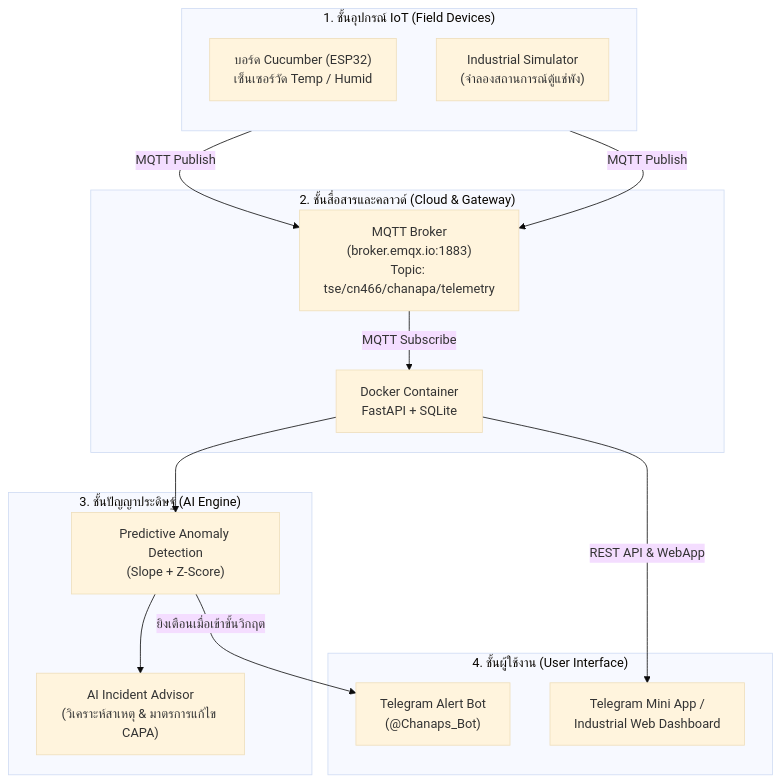
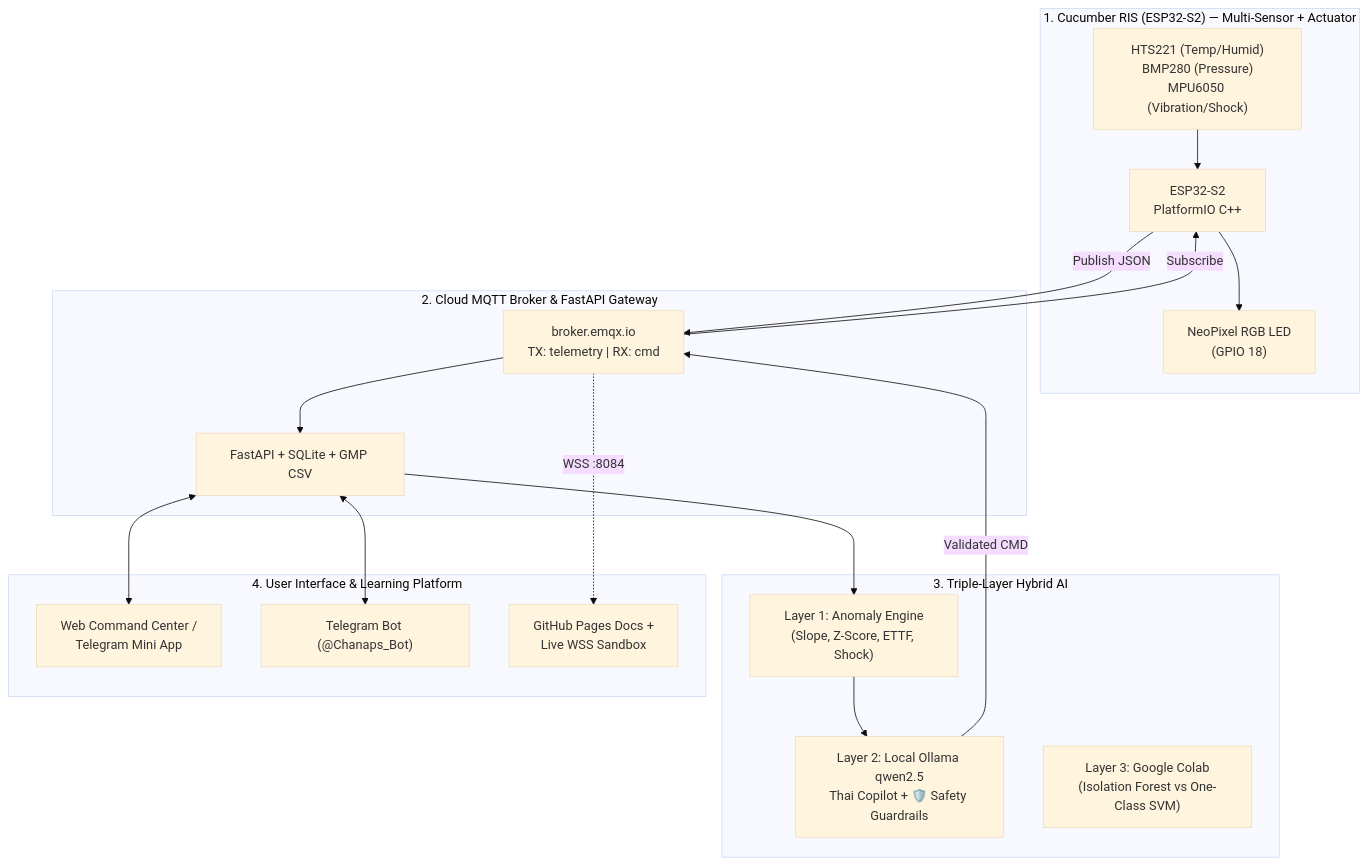
One commit to chanapasadudee-max/aiot-coldchain-monitor changed the diagram in docs/index.md. Above: the diagram before and after it, drawn with Mermaid (base theme). The commit also changed other lines of this file and 37 other files, not shown here.

Commit message:
feat: full-stack bidirectional Cucumber RIS firmware, Triple-Layer Hybrid AI + Guardrails, Live MQTT Sandbox, and Automated QA suite

````diff
--- a/docs/index.md
+++ b/docs/index.md
@@ -31,31 +21,31 @@
 ```mermaid
 flowchart TD
-    subgraph IOT ["1. ชั้นอุปกรณ์ IoT (Field Devices)"]
-        direction TB
-        CUCUMBER["บอร์ด Cucumber (ESP32)<br>เซ็นเซอร์วัด Temp / Humid"]
-        SIM["Industrial Simulator<br>(จำลองสถานการณ์ตู้แช่พัง)"]
+    subgraph IOT ["1. Cucumber RIS (ESP32-S2) — Multi-Sensor + Actuator"]
+        S["HTS221 (Temp/Humid)<br>BMP280 (Pressure)<br>MPU6050 (Vibration/Shock)"] --> MCU["ESP32-S2<br>PlatformIO C++"]
+        MCU --> LED["NeoPixel RGB LED<br>(GPIO 18)"]
     end
 
-    subgraph CLOUD ["2. ชั้นสื่อสารและคลาวด์ (Cloud & Gateway)"]
-        BROKER["MQTT Broker<br>(broker.emqx.io:1883)<br>Topic: tse/cn466/chanapa/telemetry"]
-        DOCKER["Docker Container<br>FastAPI + SQLite"]
+    subgraph CLOUD ["2. Cloud MQTT Broker & FastAPI Gateway"]
+        BROKER["broker.emqx.io<br>TX: telemetry | RX: cmd"]
+        API["FastAPI + SQLite + GMP CSV"]
     end
 
-    subgraph AI ["3. ชั้นปัญญาประดิษฐ์ (AI Engine)"]
-        ANOMALY["Predictive Anomaly Detection<br>(Slope + Z-Score)"]
-        ADVISOR["AI Incident Advisor<br>(วิเคราะห์สาเหตุ & มาตรการแก้ไข CAPA)"]
+    subgraph AI ["3. Triple-Layer Hybrid AI"]
+        L1["Layer 1: Anomaly Engine<br>(Slope, Z-Score, ETTF, Shock)"]
+        L2["Layer 2: Local Ollama qwen2.5<br>Thai Copilot + 🛡️ Safety Guardrails"]
+        L3["Layer 3: Google Colab<br>(Isolation Forest vs One-Class SVM)"]
     end
 
-    subgraph UI ["4. ชั้นผู้ใช้งาน (User Interface)"]
-        TG_BOT["Telegram Alert Bot<br>(@Chanaps_Bot)"]
-        MINI_APP["Telegram Mini App /<br>Industrial Web Dashboard"]
+    subgraph UI ["4. User Interface & Learning Platform"]
+        WEB["Web Command Center /<br>Telegram Mini App"]
+        BOT["Telegram Bot (@Chanaps_Bot)"]
+        GHP["GitHub Pages Docs +<br>Live WSS Sandbox"]
     end
 
-    CUCUMBER -->|MQTT Publish| BROKER
-    SIM -->|MQTT Publish| BROKER
-    BROKER -->|MQTT Subscribe| DOCKER
-    DOCKER --> ANOMALY
-    ANOMALY --> ADVISOR
-    ANOMALY -->|ยิงเตือนเมื่อเข้าขั้นวิกฤต| TG_BOT
-    DOCKER -->|REST API & WebApp| MINI_APP
+    MCU -- "Publish JSON" --> BROKER --> API
+    API --> L1 --> L2
+    L2 -- "Validated CMD" --> BROKER -- "Subscribe" --> MCU
+    API <--> WEB
+    API <--> BOT
+    BROKER -. "WSS :8084" .-> GHP
 ```
````
